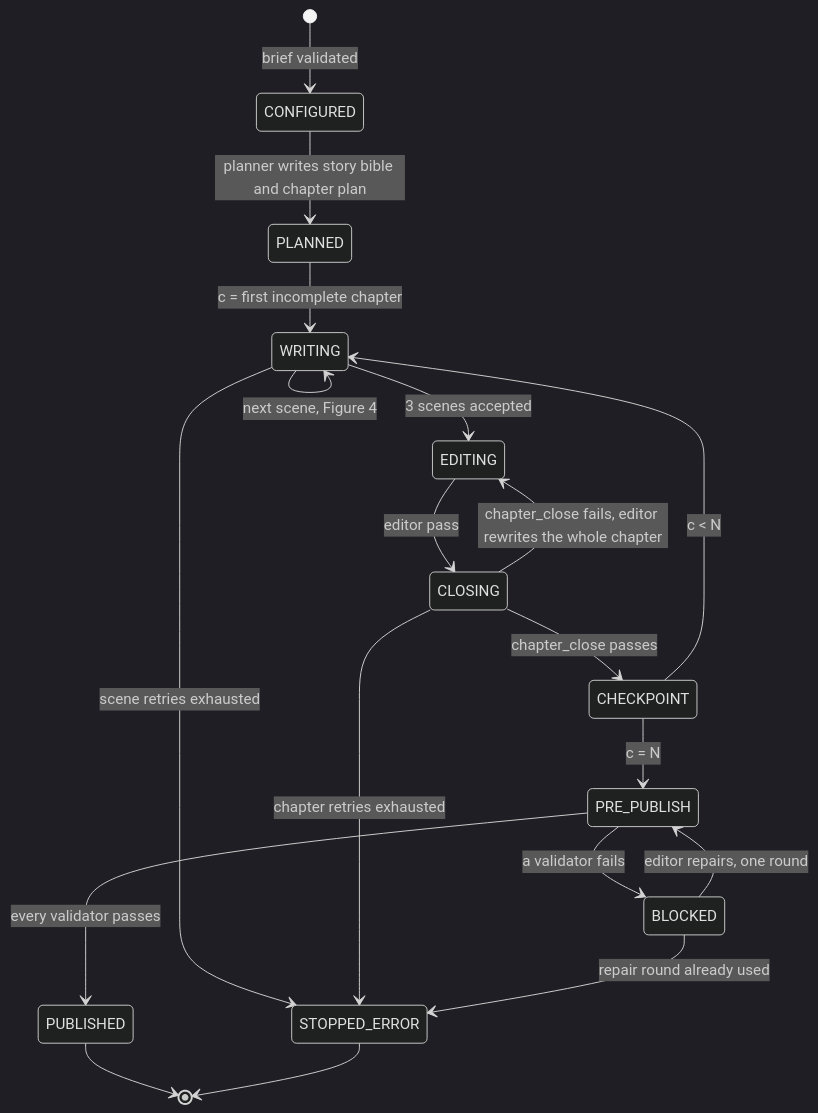
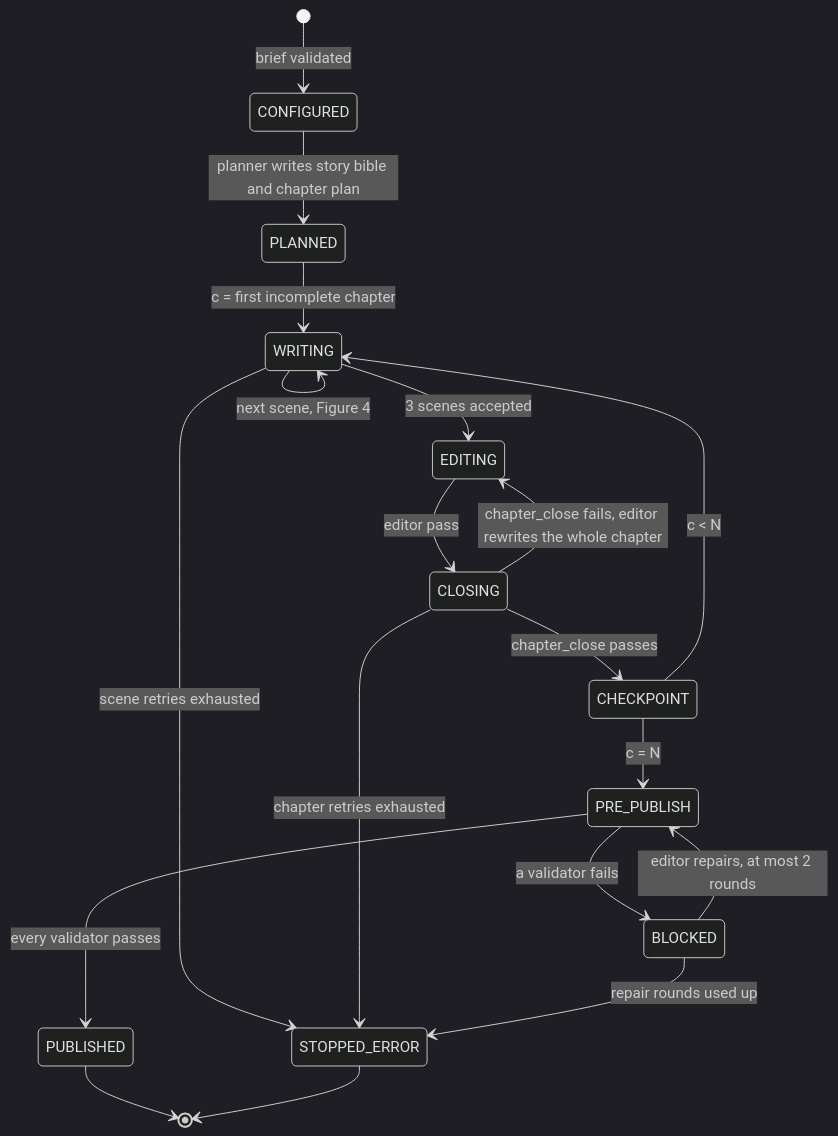
One commit to ignacio-hurtado-qaracter/My-Story-Marker changed the sixth of 6 diagrams in docs/architecture.md. Above: the diagram before and after it, drawn with Mermaid (dark theme). The commit also changed other lines of this file and 1 other file, not shown here.

First line of the commit message:
docs: up to two repair rounds; only concrete high-severity judge defects block

````diff
--- a/docs/architecture.md
+++ b/docs/architecture.md
@@ -769,21 +769,21 @@
 ```mermaid
 stateDiagram-v2
   [*] --> CONFIGURED : brief validated
   CONFIGURED --> PLANNED : planner writes story bible and chapter plan
   PLANNED --> WRITING : c = first incomplete chapter
   WRITING --> WRITING : next scene, Figure 4
   WRITING --> EDITING : 3 scenes accepted
   EDITING --> CLOSING : editor pass
   CLOSING --> EDITING : chapter_close fails, editor rewrites the whole chapter
   CLOSING --> CHECKPOINT : chapter_close passes
   CHECKPOINT --> WRITING : c < N
   CHECKPOINT --> PRE_PUBLISH : c = N
   PRE_PUBLISH --> PUBLISHED : every validator passes
   PRE_PUBLISH --> BLOCKED : a validator fails
-  BLOCKED --> PRE_PUBLISH : editor repairs, one round
+  BLOCKED --> PRE_PUBLISH : editor repairs, at most 2 rounds
   WRITING --> STOPPED_ERROR : scene retries exhausted
   CLOSING --> STOPPED_ERROR : chapter retries exhausted
-  BLOCKED --> STOPPED_ERROR : repair round already used
+  BLOCKED --> STOPPED_ERROR : repair rounds used up
   PUBLISHED --> [*]
   STOPPED_ERROR --> [*]
 ```
````
